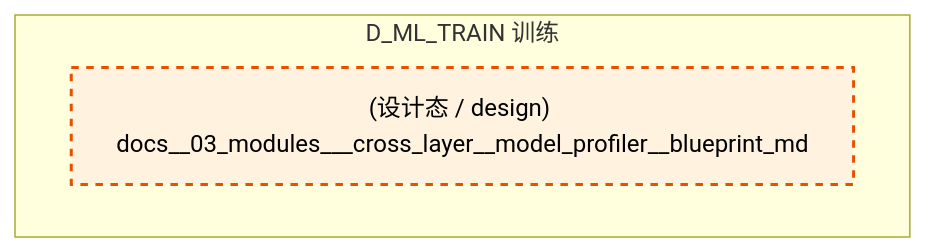
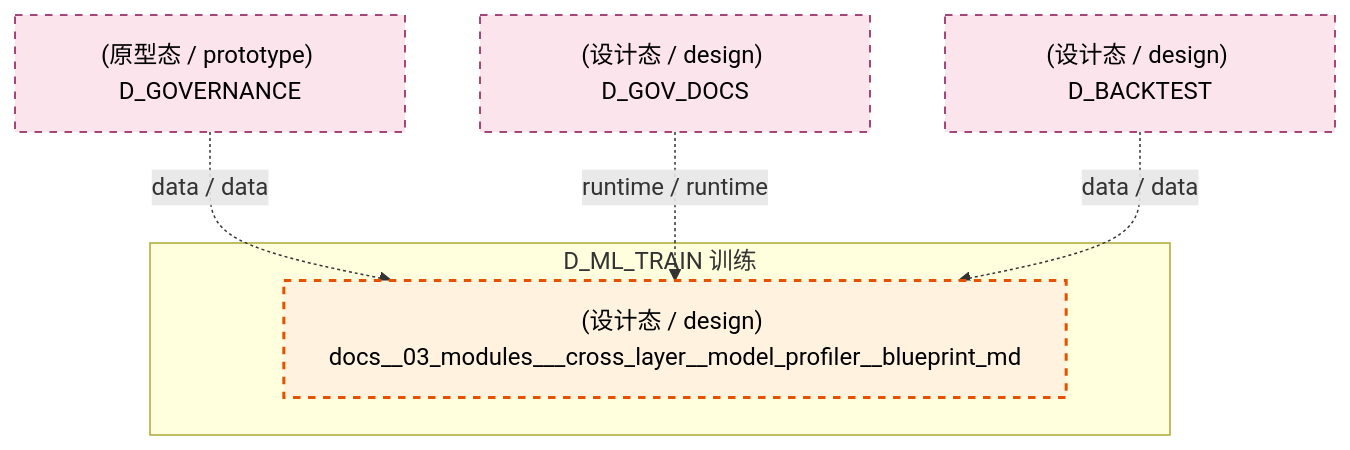
Before and after one commit to xuanFelixVan/ZephyrAlpha: the second of 4 diagrams in docs/02_enterprise_architecture/02_domain_architecture_docs/50_d_ml_train.md, drawn with Mermaid. The commit also changed other lines of this file and 125 other files, not shown here.

````diff
--- a/docs/02_enterprise_architecture/02_domain_architecture_docs/50_d_ml_train.md
+++ b/docs/02_enterprise_architecture/02_domain_architecture_docs/50_d_ml_train.md
@@ -121,11 +130,18 @@
 ```mermaid
 graph TD
     subgraph D_ML_TRAIN["D_ML_TRAIN 训练"]
         docs_03_modules_cross_layer_model_profiler_blueprint_md["(设计态 / design) docs__03_modules___cross_layer__model_profiler__blueprint_md"]
     end
+    D_GOVERNANCE["(原型态 / prototype) D_GOVERNANCE"]
+    D_GOVERNANCE -.->|data / data| docs_03_modules_cross_layer_model_profiler_blueprint_md
+    D_GOV_DOCS["(设计态 / design) D_GOV_DOCS"]
+    D_GOV_DOCS -.->|runtime / runtime| docs_03_modules_cross_layer_model_profiler_blueprint_md
+    D_BACKTEST["(设计态 / design) D_BACKTEST"]
+    D_BACKTEST -.->|data / data| docs_03_modules_cross_layer_model_profiler_blueprint_md
     classDef production fill:#e1f5fe,stroke:#01579b,stroke-width:2px,color:#000
     classDef design fill:#fff3e0,stroke:#e65100,stroke-width:2px,color:#000,stroke-dasharray: 5 5
     classDef external_prod fill:#e8f5e9,stroke:#1b5e20,stroke-width:1px,color:#000
     classDef external_design fill:#fce4ec,stroke:#880e4f,stroke-width:1px,color:#000,stroke-dasharray: 5 5
     class docs_03_modules_cross_layer_model_profiler_blueprint_md design
+    class D_GOVERNANCE,D_GOV_DOCS,D_BACKTEST external_design
 ```
````
